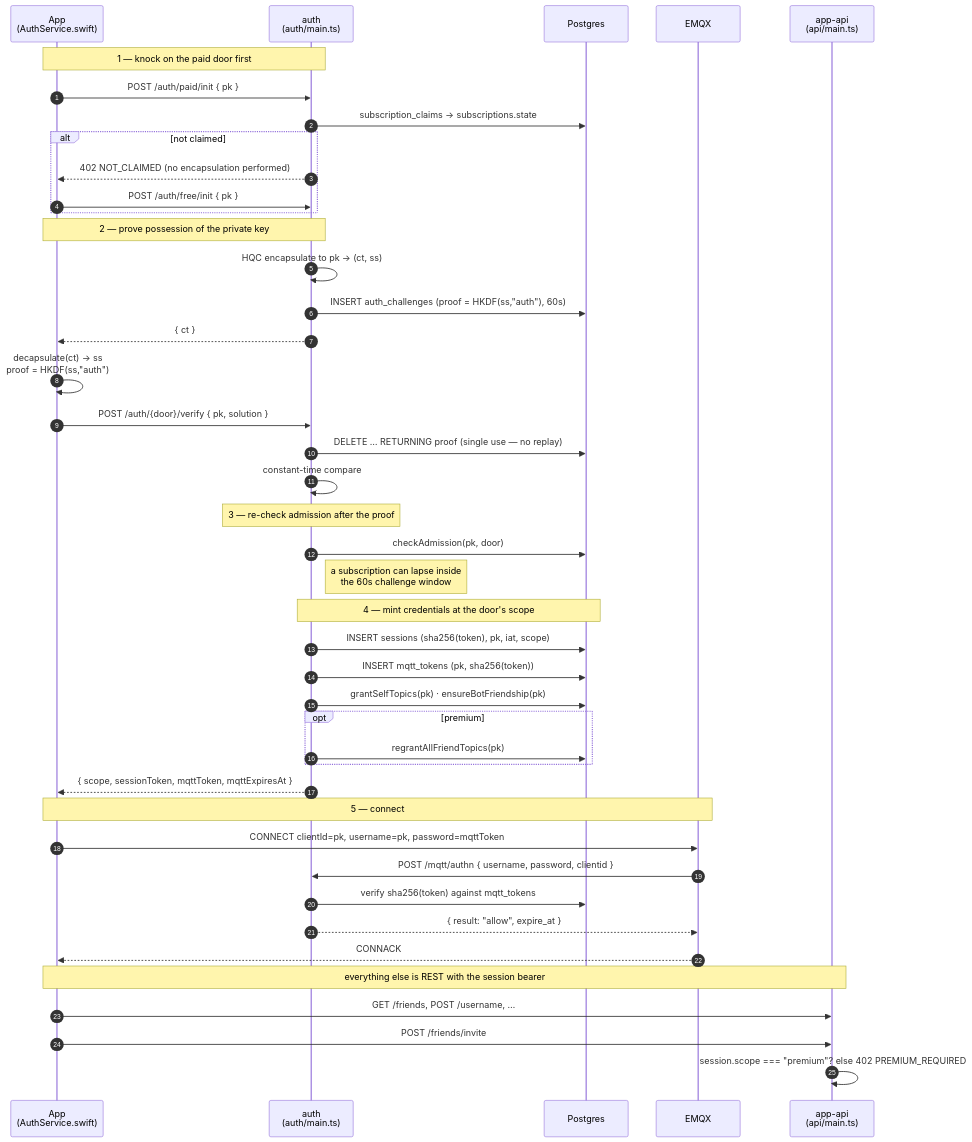
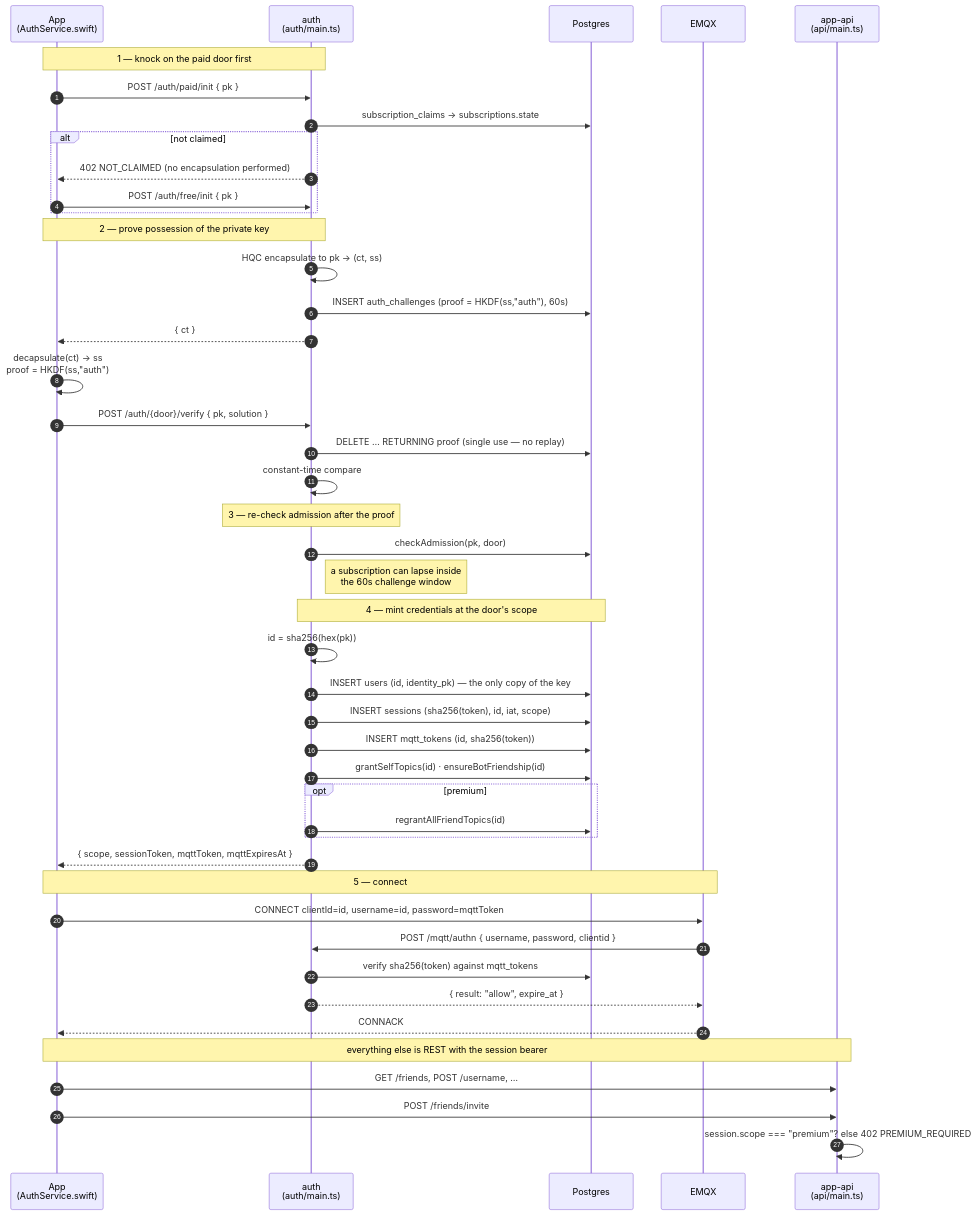
One commit to MartinRougeron2/HQChat-Server changed the first of 2 diagrams in docs/architecture/auth-flow.md. Above: the diagram before and after it, drawn with Mermaid. The commit also changed other lines of this file and 95 other files, not shown here.

````diff
--- a/docs/architecture/auth-flow.md
+++ b/docs/architecture/auth-flow.md
@@ -56,51 +65,53 @@
 ```mermaid
 sequenceDiagram
     autonumber
     participant App as App<br/>(AuthService.swift)
     participant Auth as auth<br/>(auth/main.ts)
     participant PG as Postgres
     participant EMQX
     participant API as app-api<br/>(api/main.ts)
 
     Note over App,Auth: 1 — knock on the paid door first
     App->>Auth: POST /auth/paid/init { pk }
     Auth->>PG: subscription_claims → subscriptions.state
     alt not claimed
         Auth-->>App: 402 NOT_CLAIMED (no encapsulation performed)
         App->>Auth: POST /auth/free/init { pk }
     end
 
     Note over App,Auth: 2 — prove possession of the private key
     Auth->>Auth: HQC encapsulate to pk → (ct, ss)
     Auth->>PG: INSERT auth_challenges (proof = HKDF(ss,"auth"), 60s)
     Auth-->>App: { ct }
     App->>App: decapsulate(ct) → ss<br/>proof = HKDF(ss,"auth")
     App->>Auth: POST /auth/{door}/verify { pk, solution }
     Auth->>PG: DELETE … RETURNING proof  (single use — no replay)
     Auth->>Auth: constant-time compare
 
     Note over Auth: 3 — re-check admission after the proof
     Auth->>PG: checkAdmission(pk, door)
     Note right of Auth: a subscription can lapse inside<br/>the 60s challenge window
 
     Note over Auth,PG: 4 — mint credentials at the door's scope
-    Auth->>PG: INSERT sessions (sha256(token), pk, iat, scope)
-    Auth->>PG: INSERT mqtt_tokens (pk, sha256(token))
-    Auth->>PG: grantSelfTopics(pk) · ensureBotFriendship(pk)
+    Auth->>Auth: id = sha256(hex(pk))
+    Auth->>PG: INSERT users (id, identity_pk) — the only copy of the key
+    Auth->>PG: INSERT sessions (sha256(token), id, iat, scope)
+    Auth->>PG: INSERT mqtt_tokens (id, sha256(token))
+    Auth->>PG: grantSelfTopics(id) · ensureBotFriendship(id)
     opt premium
-        Auth->>PG: regrantAllFriendTopics(pk)
+        Auth->>PG: regrantAllFriendTopics(id)
     end
     Auth-->>App: { scope, sessionToken, mqttToken, mqttExpiresAt }
 
     Note over App,EMQX: 5 — connect
-    App->>EMQX: CONNECT clientId=pk, username=pk, password=mqttToken
+    App->>EMQX: CONNECT clientId=id, username=id, password=mqttToken
     EMQX->>Auth: POST /mqtt/authn { username, password, clientid }
     Auth->>PG: verify sha256(token) against mqtt_tokens
     Auth-->>EMQX: { result: "allow", expire_at }
     EMQX-->>App: CONNACK
 
     Note over App,API: everything else is REST with the session bearer
     App->>API: GET /friends, POST /username, …
     App->>API: POST /friends/invite
     API->>API: session.scope === "premium"?  else 402 PREMIUM_REQUIRED
 ```
````
